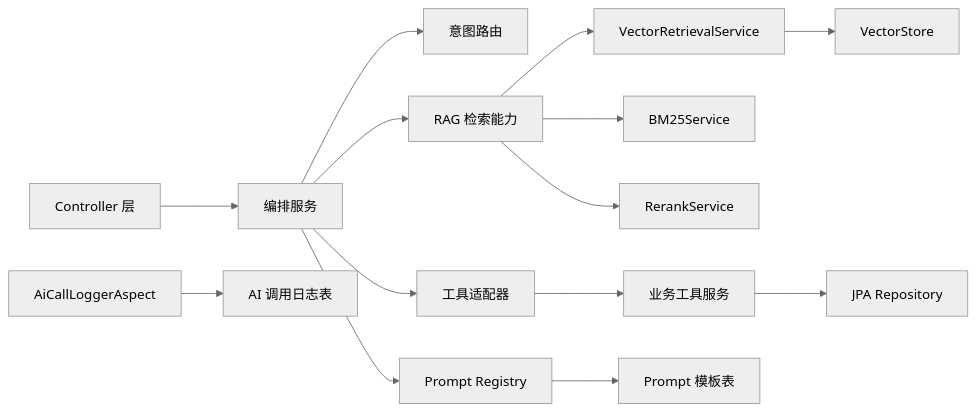
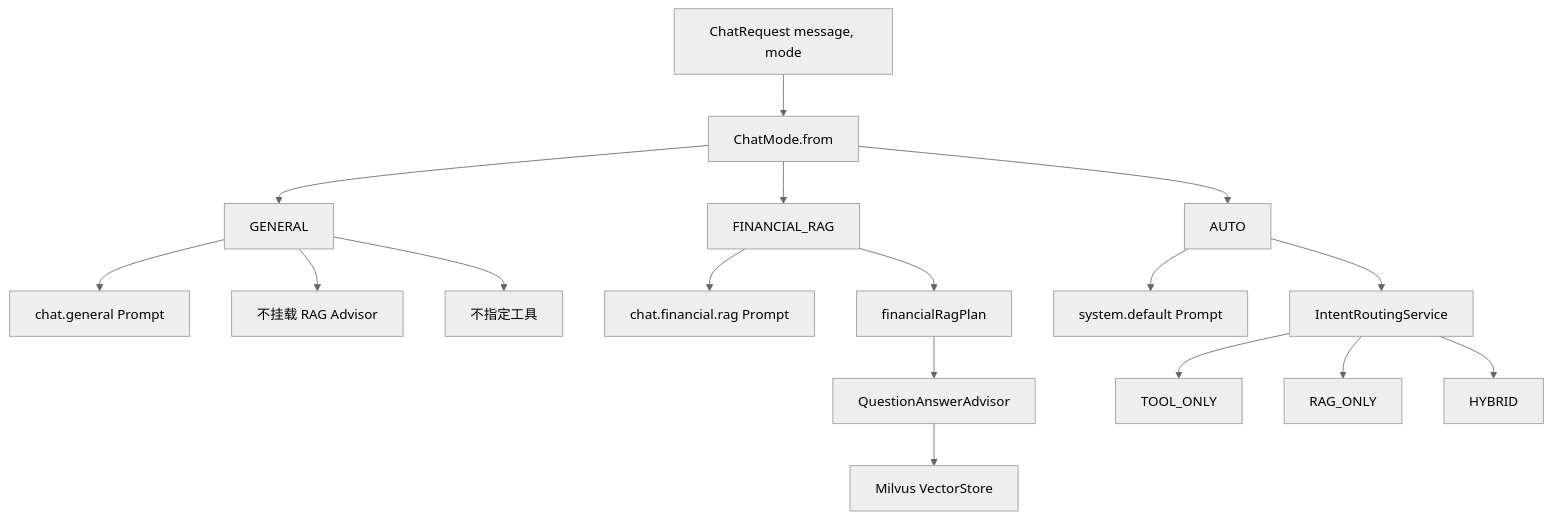
One commit to 839891627/aidevelop changed the third of 10 diagrams in docs/architecture.md. Above: the diagram before and after it, drawn with Mermaid (neutral theme). The commit also changed other lines of this file and 35 other files, not shown here.

````diff
--- a/docs/architecture.md
+++ b/docs/architecture.md
@@ -96,19 +128,23 @@
 ```mermaid
-flowchart LR
-  Controllers["Controller 层"] --> Orchestrators["编排服务"]
-  Orchestrators --> Routing["意图路由"]
-  Orchestrators --> Retrieval["RAG 检索能力"]
-  Orchestrators --> ToolAdapters["工具适配器"]
-  Orchestrators --> PromptOps["Prompt Registry"]
+flowchart TB
+  Request["ChatRequest message, mode"] --> ParseMode["ChatMode.from"]
 
-  Retrieval --> VectorRetrievalService
-  Retrieval --> BM25Service
-  Retrieval --> RerankService
-  VectorRetrievalService --> VectorStore
+  ParseMode --> General["GENERAL"]
+  ParseMode --> FinancialRag["FINANCIAL_RAG"]
+  ParseMode --> Auto["AUTO"]
 
-  ToolAdapters --> BusinessServices["业务工具服务"]
-  BusinessServices --> Repositories["JPA Repository"]
+  General --> GeneralPrompt["chat.general Prompt"]
+  General --> NoRag["不挂载 RAG Advisor"]
+  General --> NoTools["不指定工具"]
 
-  PromptOps --> PromptTables["Prompt 模板表"]
-  AiCallLoggerAspect --> AiCallLogTable["AI 调用日志表"]
+  FinancialRag --> FinancialPrompt["chat.financial.rag Prompt"]
+  FinancialRag --> RagPlan["financialRagPlan"]
+  RagPlan --> QaAdvisor["QuestionAnswerAdvisor"]
+  QaAdvisor --> VectorStore["Milvus VectorStore"]
+
+  Auto --> LegacySystem["system.default Prompt"]
+  Auto --> IntentRoutingService
+  IntentRoutingService --> ToolOnly["TOOL_ONLY"]
+  IntentRoutingService --> RagOnly["RAG_ONLY"]
+  IntentRoutingService --> Hybrid["HYBRID"]
 ```
````
